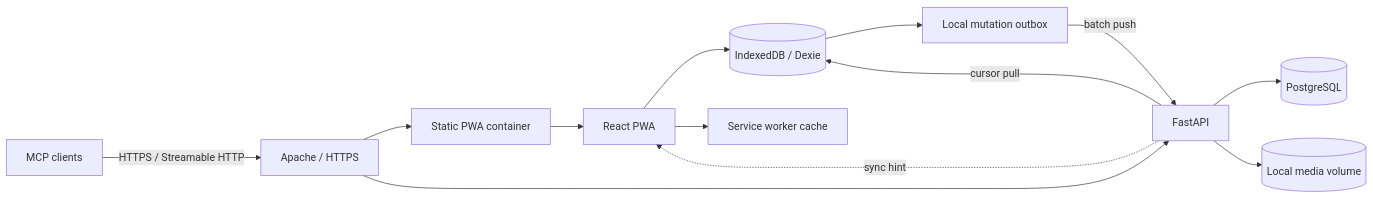
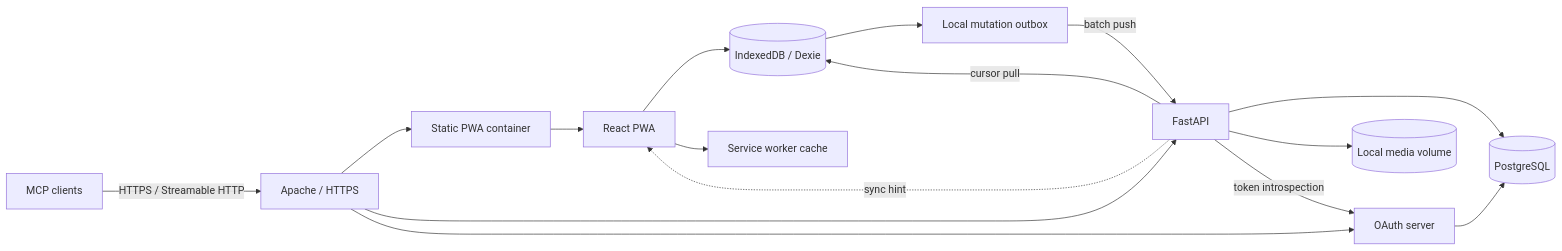
The diagram in specification/11-technical-architecture.md (yaqwsx/CookOps), drawn with Mermaid before and after one commit. The commit also changed other lines of this file and 7 other files, not shown here.

Commit message:
docs: research MCP OAuth architecture

````diff
--- a/specification/11-technical-architecture.md
+++ b/specification/11-technical-architecture.md
@@ -26,15 +28,18 @@
 ```mermaid
 flowchart LR
     UI[React PWA] --> IDB[(IndexedDB / Dexie)]
     UI --> SW[Service worker cache]
     IDB --> OUTBOX[Local mutation outbox]
     OUTBOX -->|batch push| API[FastAPI]
     API -->|cursor pull| IDB
     API --> DB[(PostgreSQL)]
+    OAUTH[OAuth server] --> DB
     API --> MEDIA[(Local media volume)]
     APACHE[Apache / HTTPS] --> WEB[Static PWA container]
     APACHE --> API
+    APACHE --> OAUTH
     MCP[MCP clients] -->|HTTPS / Streamable HTTP| APACHE
+    API -->|token introspection| OAUTH
     API -. sync hint .-> UI
     WEB --> UI
 ```
````
